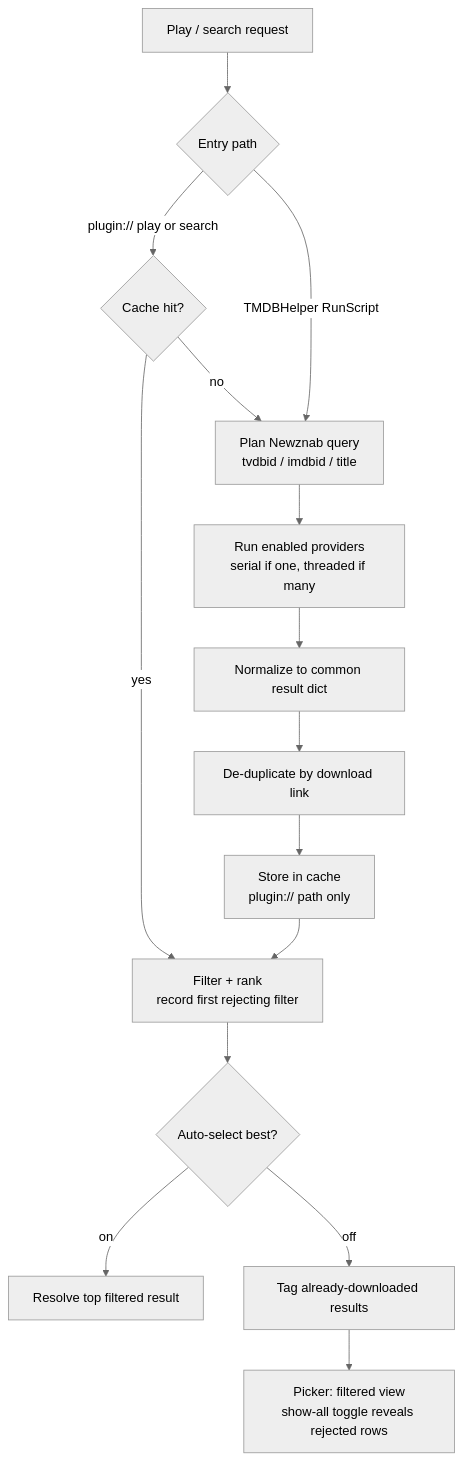
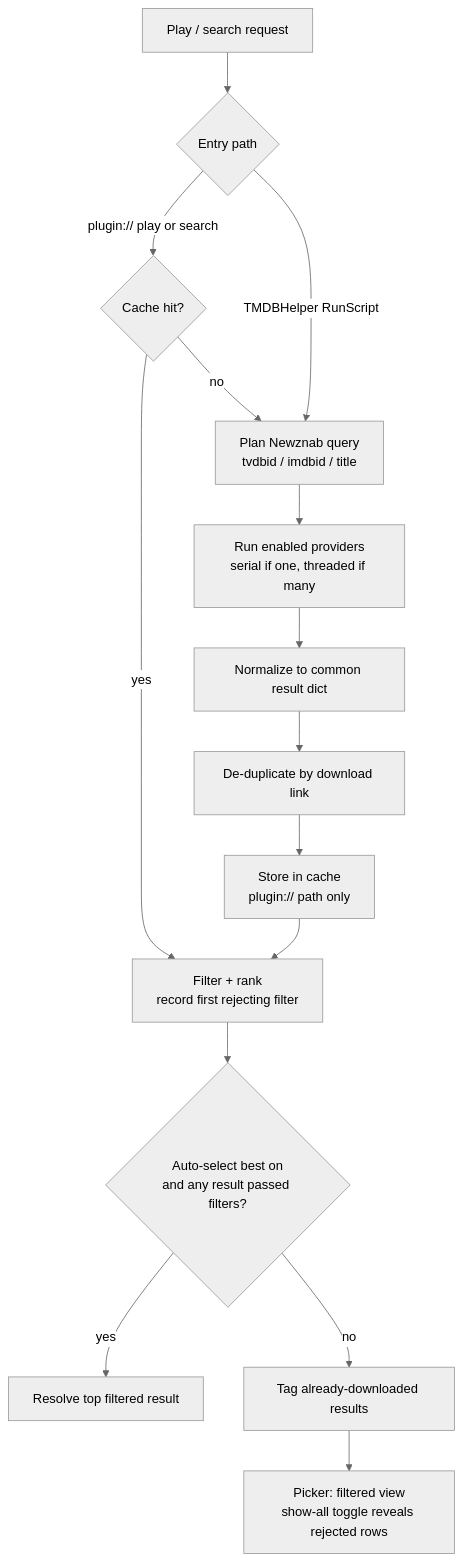
One commit to Appz4Fun/nzbdavkodi changed the first of 2 diagrams in docs-site/how-it-works/search-pipeline.md. Above: the diagram before and after it, drawn with Mermaid (neutral theme). The commit also changed 9 other files, not shown here.

````diff
--- a/docs-site/how-it-works/search-pipeline.md
+++ b/docs-site/how-it-works/search-pipeline.md
@@ -8,17 +8,17 @@
 ```mermaid
 flowchart TD
     Q[Play / search request] --> SRC{Entry path}
     SRC -->|plugin:// play or search| CACHE{Cache hit?}
     SRC -->|TMDBHelper RunScript| PLAN
     CACHE -->|yes| RANK
     CACHE -->|no| PLAN[Plan Newznab query<br/>tvdbid / imdbid / title]
     PLAN --> FAN[Run enabled providers<br/>serial if one, threaded if many]
     FAN --> NORM[Normalize to common result dict]
     NORM --> DEDUPE[De-duplicate by download link]
     DEDUPE --> STORE[Store in cache<br/>plugin:// path only]
     STORE --> RANK[Filter + rank<br/>record first rejecting filter]
-    RANK --> PICK{Auto-select best?}
-    PICK -->|on| PLAY[Resolve top filtered result]
-    PICK -->|off| TAG[Tag already-downloaded results]
+    RANK --> PICK{Auto-select best on<br/>and any result passed filters?}
+    PICK -->|yes| PLAY[Resolve top filtered result]
+    PICK -->|no| TAG[Tag already-downloaded results]
     TAG --> DLG[Picker: filtered view<br/>show-all toggle reveals rejected rows]
 ```
````
